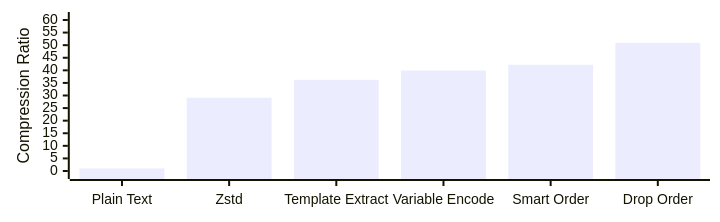
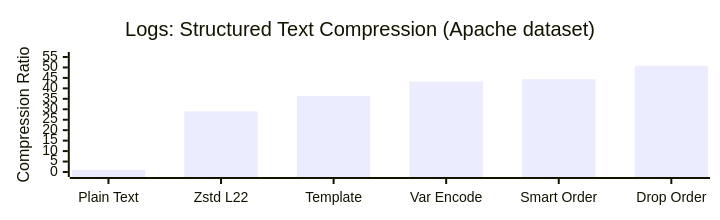
Before and after one commit to flash1293/squeezed-signals: the third of 3 diagrams in README.md, drawn with Mermaid. The commit also changed other lines of this file and 8 other files, not shown here.

````diff
--- a/README.md
+++ b/README.md
@@ -40,14 +40,15 @@
 ```mermaid
 ---
 config:
   xyChart:
     height: 200
   themeVariables:
     xyChart:
       backgroundColor: "transparent"
 ---
 xychart-beta
-  x-axis ["Plain Text", "Zstd", "Template Extract", "Variable Encode", "Smart Order", "Drop Order"]
-  y-axis "Compression Ratio" 0 --> 60
-  bar [1, 29.1, 36.2, 39.9, 42.2, 50.9]
+  title "Logs: Structured Text Compression (Apache dataset)"
+  x-axis ["Plain Text", "Zstd L22", "Template", "Var Encode", "Smart Order", "Drop Order"]
+  y-axis "Compression Ratio" 0 --> 55
+  bar [1, 29.0, 36.4, 43.3, 44.4, 50.8]
 ```
````
